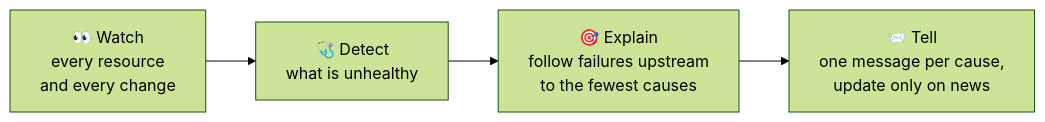
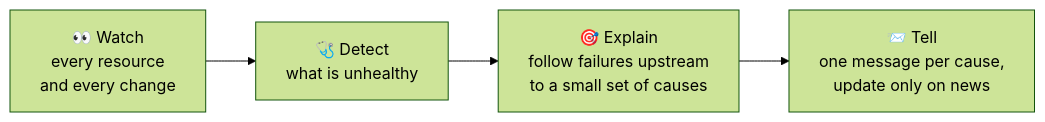
Before and after one commit to abahmed/kwatch: the diagram in README.md, drawn with Mermaid (forest theme). The commit also changed other lines of this file and 11 other files, not shown here.

````diff
--- a/README.md
+++ b/README.md
@@ -147,6 +147,6 @@
 ```mermaid
 flowchart LR
   A["👀 Watch<br/>every resource<br/>and every change"] --> B["🩺 Detect<br/>what is unhealthy"]
-  B --> C["🎯 Explain<br/>follow failures upstream<br/>to the fewest causes"]
+  B --> C["🎯 Explain<br/>follow failures upstream<br/>to a small set of causes"]
   C --> D["📨 Tell<br/>one message per cause,<br/>update only on news"]
 ```
````
